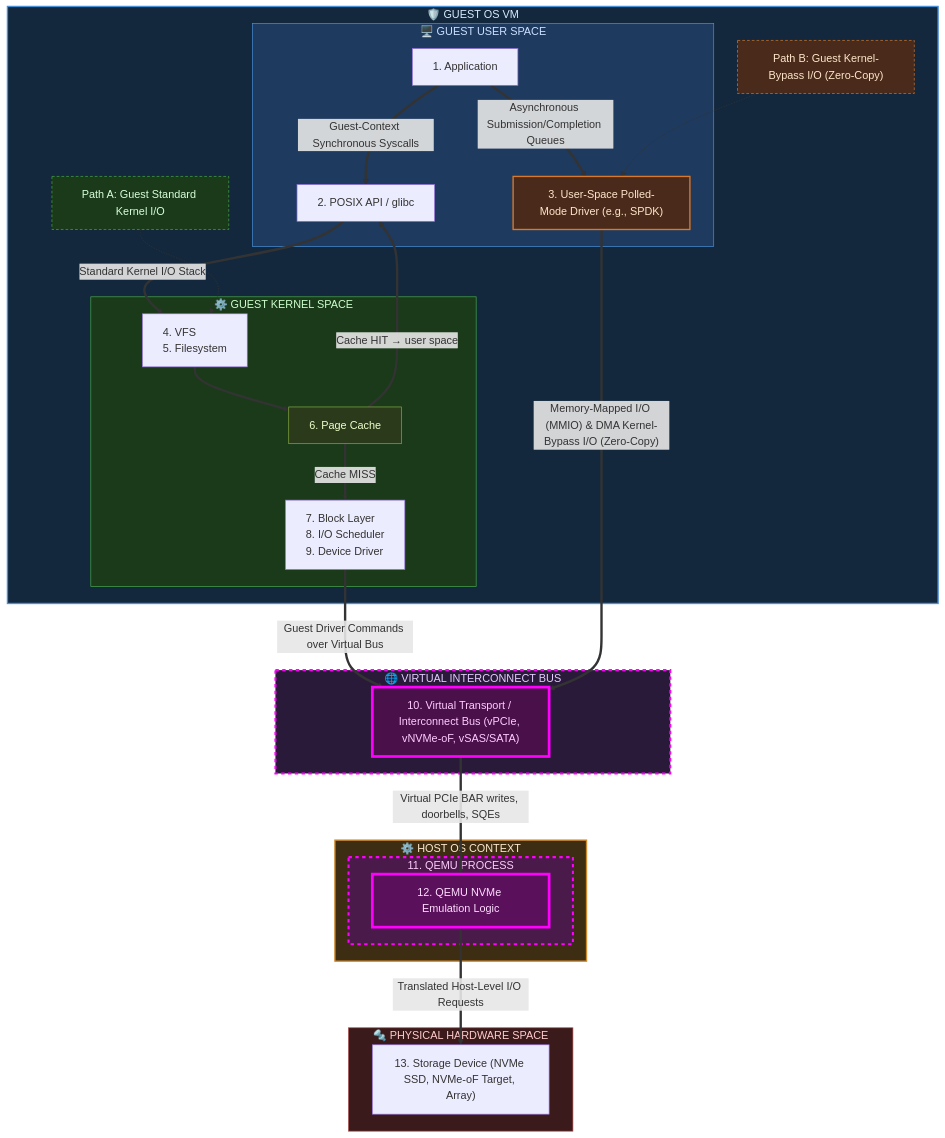
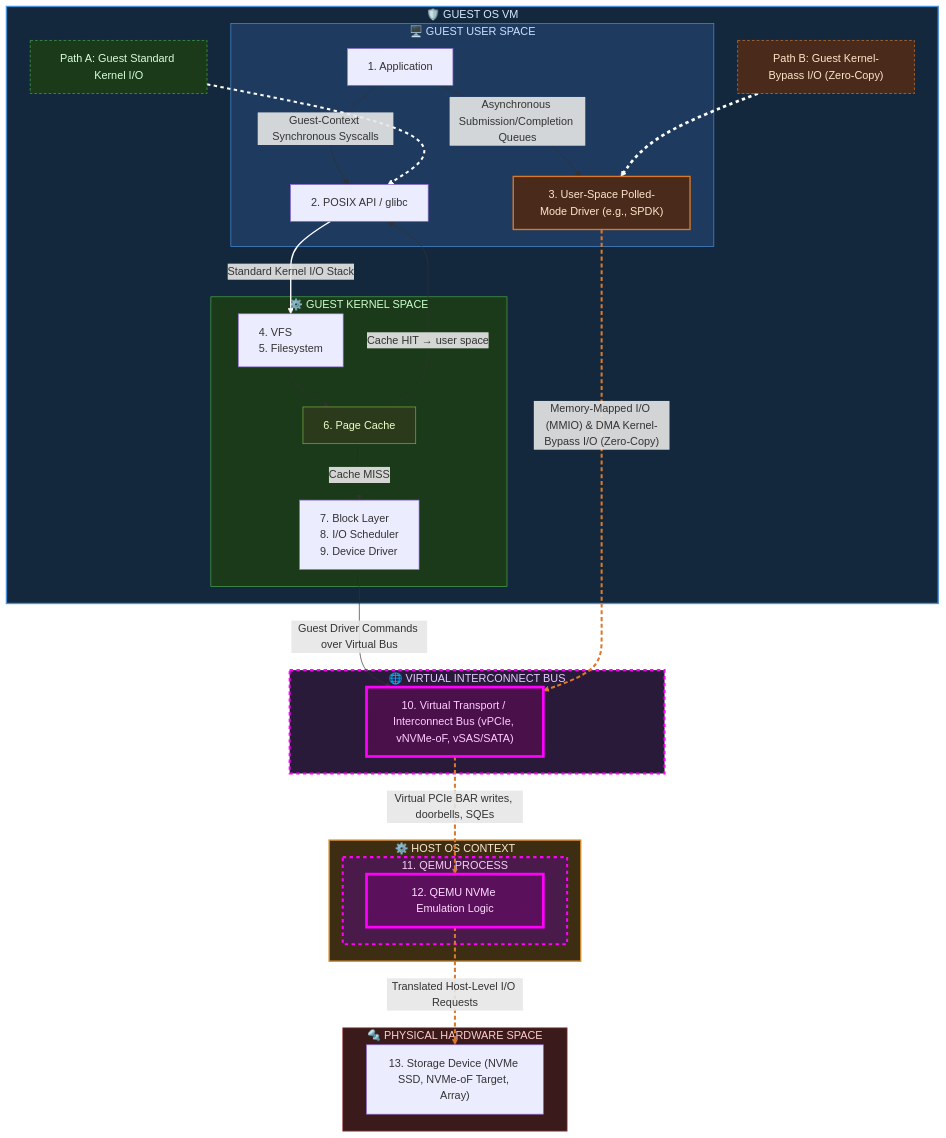
One commit to SiliconLanguage/dataplane-emu changed the diagram in docs/arch/qemu-nvme-storage-stack.md. Above: the diagram before and after it, drawn with Mermaid.

Commit message:
Fix the Thick Link Syntax

````diff
--- a/docs/arch/qemu-nvme-storage-stack.md
+++ b/docs/arch/qemu-nvme-storage-stack.md
@@ -5,62 +5,68 @@
 ```mermaid
 flowchart TD
     subgraph GUEST["🛡️ GUEST OS VM"]
         subgraph USER["🖥️ GUEST USER SPACE"]
             A["1. Application"]
             B["2. POSIX API / glibc"]
             J["3. User-Space Polled-Mode Driver (e.g., SPDK)"]
         end
 
         subgraph KERNEL["⚙️ GUEST KERNEL SPACE"]
             C["<div style='text-align: left;'>4. VFS<br/>5. Filesystem</div>"]
             E["6. Page Cache"]
             F["<div style='text-align: left;'>7. Block Layer<br/>8. I/O Scheduler<br/>9. Device Driver</div>"]
         end
 
         P1["Path A: Guest Standard Kernel I/O"]
         P2["Path B: Guest Kernel-Bypass I/O (Zero-Copy)"]
     end
 
     subgraph VIRTUAL_HW["🌐 VIRTUAL INTERCONNECT BUS"]
         T["10. Virtual Transport / Interconnect Bus (vPCIe, vNVMe-oF, vSAS/SATA)"]
     end
 
     subgraph HOST["⚙️ HOST OS CONTEXT"]
         subgraph QEMU["11. QEMU PROCESS"]
             QN["12. QEMU NVMe Emulation Logic"]
         end
     end
 
     subgraph PHYSICAL_HW["🔩 PHYSICAL HARDWARE SPACE"]
         I["13. Storage Device (NVMe SSD, NVMe-oF Target, Array)"]
     end
 
-    A ==>|"Guest-Context Synchronous Syscalls"| B
-    B ==>|"Standard Kernel I/O Stack"| C
-    C ==> E
-    E ==>|"Cache HIT → user space"| B
-    E ==>|"Cache MISS"| F
-    F ==>|"Guest Driver Commands over Virtual Bus"| T
+    A -->|"Guest-Context Synchronous Syscalls"| B
+    B == Standard Kernel I/O Stack ==> C
+    C --> E
+    E -->|"Cache HIT → user space"| B
+    E -->|"Cache MISS"| F
+    F -->|"Guest Driver Commands over Virtual Bus"| T
 
-    A ==>|"Asynchronous Submission/Completion Queues"| J
-    J ==>|"Memory-Mapped I/O (MMIO) & DMA Kernel-Bypass I/O (Zero-Copy)"| T
-    T ==>|"Virtual PCIe BAR writes, doorbells, SQEs"| QN
-    QN ==>|"Translated Host-Level I/O Requests"| I
+    A -->|"Asynchronous Submission/Completion Queues"| J
+    J -->|"Memory-Mapped I/O (MMIO) & DMA Kernel-Bypass I/O (Zero-Copy)"| T
+    T -->|"Virtual PCIe BAR writes, doorbells, SQEs"| QN
+    QN -->|"Translated Host-Level I/O Requests"| I
 
-    P1 -.-> C
+    P1 -.-> B
     P2 -.-> J
 
     style GUEST fill:#13283d,color:#d8ebff,stroke:#4a90d9,stroke-width:2px
     style USER fill:#1e3a5f,color:#cce0ff,stroke:#4a90d9
     style KERNEL fill:#1a3a1a,color:#ccffcc,stroke:#4aaa4a
     style HOST fill:#3d2d12,color:#ffe9cc,stroke:#d08a2b,stroke-width:2px
     style QEMU fill:#4a1a4a,color:#ffccff,stroke:#ff00ff,stroke-width:3px,stroke-dasharray: 5 5
     style QN fill:#5a105a,color:#ffddff,stroke:#ff00ff,stroke-width:4px
     style VIRTUAL_HW fill:#2a1a3a,color:#e6ccff,stroke:#ff00ff,stroke-width:3px,stroke-dasharray: 5 5
     style PHYSICAL_HW fill:#3a1a1a,color:#ffcccc,stroke:#aa4a4a
     style E fill:#2a3a1a,color:#eeffcc,stroke:#88aa44
     style J fill:#4a2a1a,color:#ffe6cc,stroke:#d9792b,stroke-width:2px
     style T fill:#4a104a,color:#ffccff,stroke:#ff00ff,stroke-width:4px
     style P1 fill:#1a3a1a,color:#d9ffd9,stroke:#4aaa4a,stroke-dasharray: 4 3
     style P2 fill:#4a2a1a,color:#ffe6cc,stroke:#d9792b,stroke-dasharray: 4 3
+    linkStyle 1 stroke:#ffffff,stroke-width:2px
+    linkStyle 7 stroke:#d9792b,stroke-width:3px,stroke-dasharray: 6 4
+    linkStyle 8 stroke:#d9792b,stroke-width:3px,stroke-dasharray: 6 4
+    linkStyle 9 stroke:#d9792b,stroke-width:3px,stroke-dasharray: 6 4
+    linkStyle 10 stroke:#ffffff,stroke-width:3px,stroke-dasharray: 5 5
+    linkStyle 11 stroke:#ffffff,stroke-width:4px,stroke-dasharray: 5 5
 ```
````
